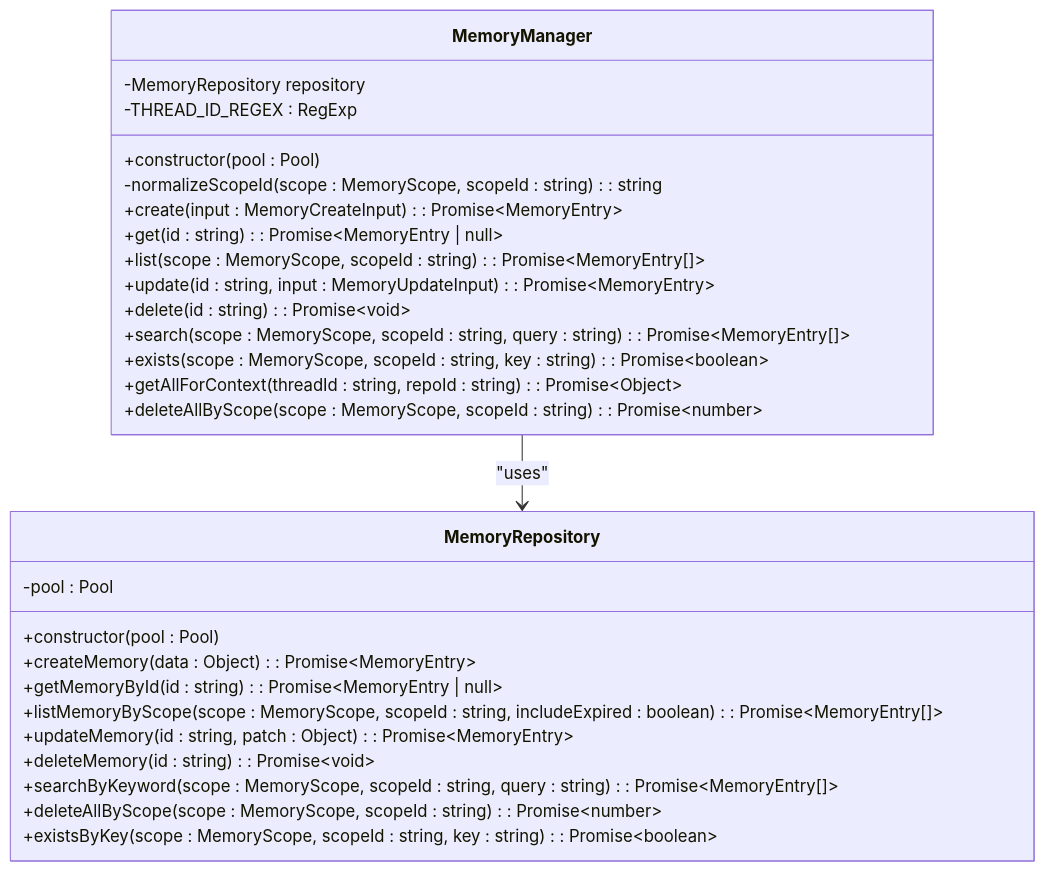
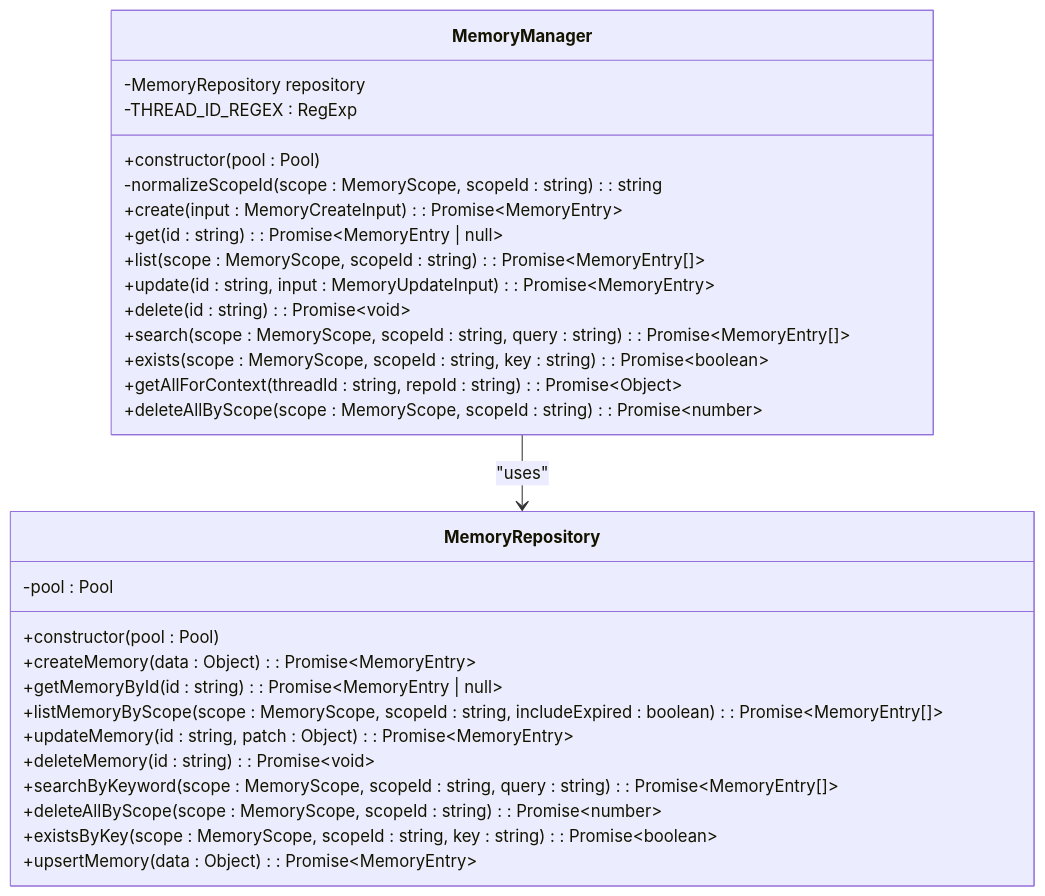
One commit to bramburn/repomix-runner changed the second of 11 diagrams in .qoder/repowiki/en/content/Core Features/Memory Management System.md. Above: the diagram before and after it, drawn with Mermaid. The commit also changed other lines of this file and 27 other files, not shown here.

````diff
--- a/.qoder/repowiki/en/content/Core Features/Memory Management System.md
+++ b/.qoder/repowiki/en/content/Core Features/Memory Management System.md
@@ -90,31 +106,32 @@
 ```mermaid
 classDiagram
 class MemoryManager {
 -MemoryRepository repository
 -THREAD_ID_REGEX : RegExp
 +constructor(pool : Pool)
 -normalizeScopeId(scope : MemoryScope, scopeId : string) : string
 +create(input : MemoryCreateInput) : Promise~MemoryEntry~
 +get(id : string) : Promise~MemoryEntry | null~
 +list(scope : MemoryScope, scopeId : string) : Promise~MemoryEntry[]~
 +update(id : string, input : MemoryUpdateInput) : Promise~MemoryEntry~
 +delete(id : string) : Promise~void~
 +search(scope : MemoryScope, scopeId : string, query : string) : Promise~MemoryEntry[]~
 +exists(scope : MemoryScope, scopeId : string, key : string) : Promise~boolean~
 +getAllForContext(threadId : string, repoId : string) : Promise~Object~
 +deleteAllByScope(scope : MemoryScope, scopeId : string) : Promise~number~
 }
 class MemoryRepository {
 -pool : Pool
 +constructor(pool : Pool)
 +createMemory(data : Object) : Promise~MemoryEntry~
 +getMemoryById(id : string) : Promise~MemoryEntry | null~
 +listMemoryByScope(scope : MemoryScope, scopeId : string, includeExpired : boolean) : Promise~MemoryEntry[]~
 +updateMemory(id : string, patch : Object) : Promise~MemoryEntry~
 +deleteMemory(id : string) : Promise~void~
 +searchByKeyword(scope : MemoryScope, scopeId : string, query : string) : Promise~MemoryEntry[]~
 +deleteAllByScope(scope : MemoryScope, scopeId : string) : Promise~number~
 +existsByKey(scope : MemoryScope, scopeId : string, key : string) : Promise~boolean~
++upsertMemory(data : Object) : Promise~MemoryEntry~
 }
 MemoryManager --> MemoryRepository : "uses"
 ```
````
